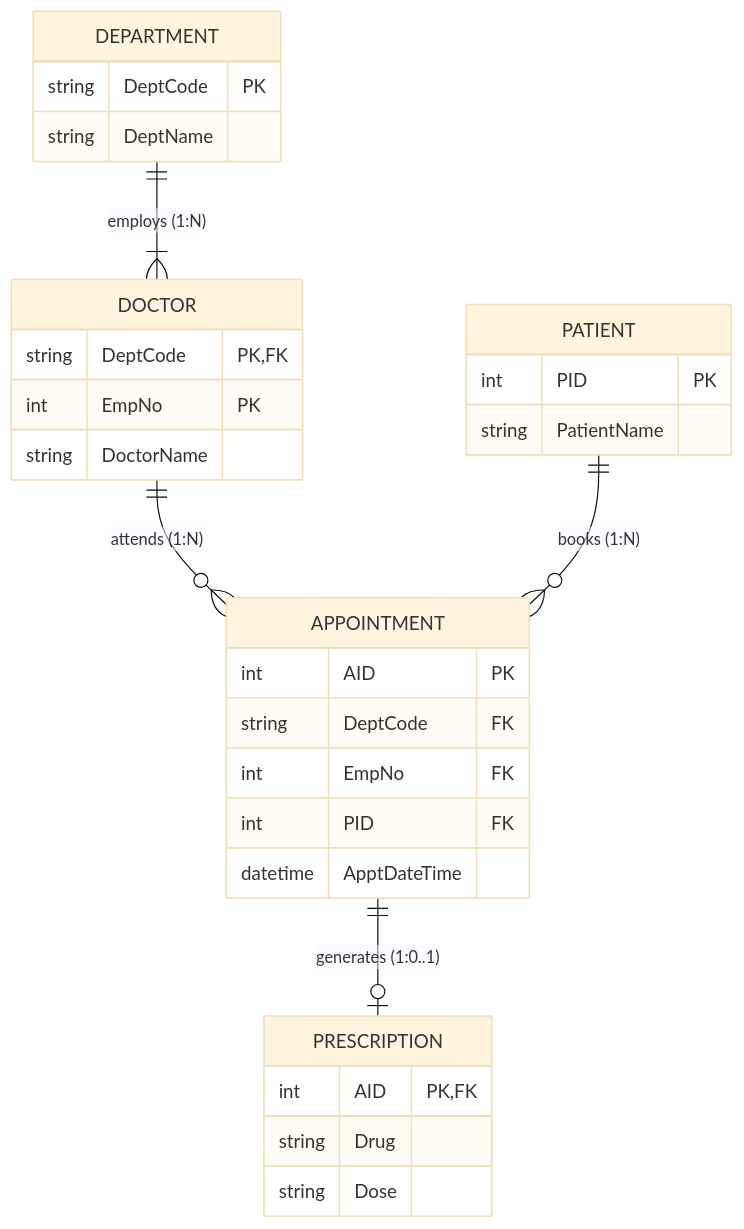
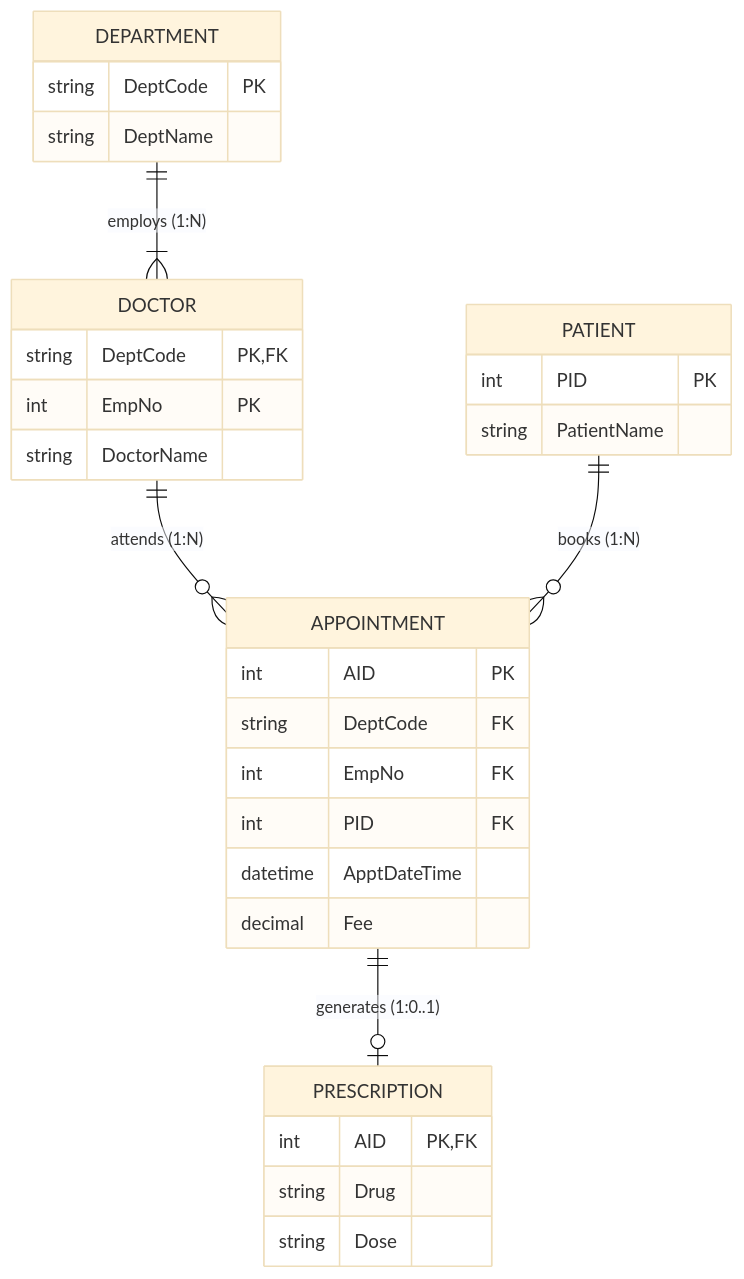
One commit to nguyendinhthienloc/APCS changed the second of 2 diagrams in Year2_Term3/CS486 - Introduction to Database Systems/Final Review/Mock_Test_2_ER.md. Above: the diagram before and after it, drawn with Mermaid (base theme). The commit also changed other lines of this file and 16 other files, not shown here.

````diff
--- a/Year2_Term3/CS486 - Introduction to Database Systems/Final Review/Mock_Test_2_ER.md
+++ b/Year2_Term3/CS486 - Introduction to Database Systems/Final Review/Mock_Test_2_ER.md
@@ -3,37 +92,38 @@
 ```mermaid
 erDiagram
     DEPARTMENT ||--|{ DOCTOR : "employs (1:N)"
     DOCTOR ||--o{ APPOINTMENT : "attends (1:N)"
     PATIENT ||--o{ APPOINTMENT : "books (1:N)"
     APPOINTMENT ||--o| PRESCRIPTION : "generates (1:0..1)"
 
     DEPARTMENT {
         string DeptCode PK
         string DeptName
     }
 
     DOCTOR {
         string DeptCode PK, FK
         int EmpNo PK
         string DoctorName
     }
 
     PATIENT {
         int PID PK
         string PatientName
     }
 
     APPOINTMENT {
         int AID PK
         string DeptCode FK
         int EmpNo FK
         int PID FK
         datetime ApptDateTime
+        decimal Fee
     }
 
     PRESCRIPTION {
         int AID PK, FK
         string Drug
         string Dose
     }
 ```
````
